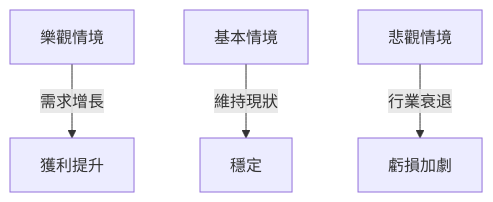
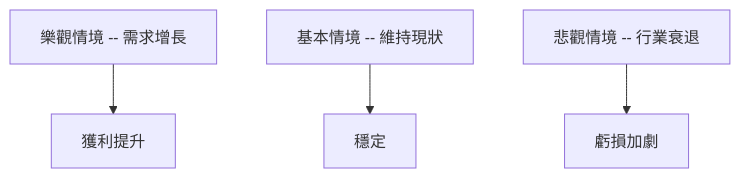
One commit to yennanliu/finance_data changed the tenth of 10 diagrams in ai_gen_report/stock/onds/technical_analysis_2026-03-31_openai.md. Above: the diagram before and after it, drawn with Mermaid. The commit also changed other lines of this file and 2258 other files, not shown here.

First line of the commit message:
chore: backfill Mermaid syntax repair across existing reports

````diff
--- a/ai_gen_report/stock/onds/technical_analysis_2026-03-31_openai.md
+++ b/ai_gen_report/stock/onds/technical_analysis_2026-03-31_openai.md
@@ -387,6 +387,6 @@
 ```mermaid
 graph TD
-    樂觀情境 -- 需求增長 --> 獲利提升
-    基本情境 -- 維持現狀 --> 穩定
-    悲觀情境 -- 行業衰退 --> 虧損加劇
+    nb1["樂觀情境 -- 需求增長"] --> 獲利提升
+    nb2["基本情境 -- 維持現狀"] --> 穩定
+    nb3["悲觀情境 -- 行業衰退"] --> 虧損加劇
 ```
````
